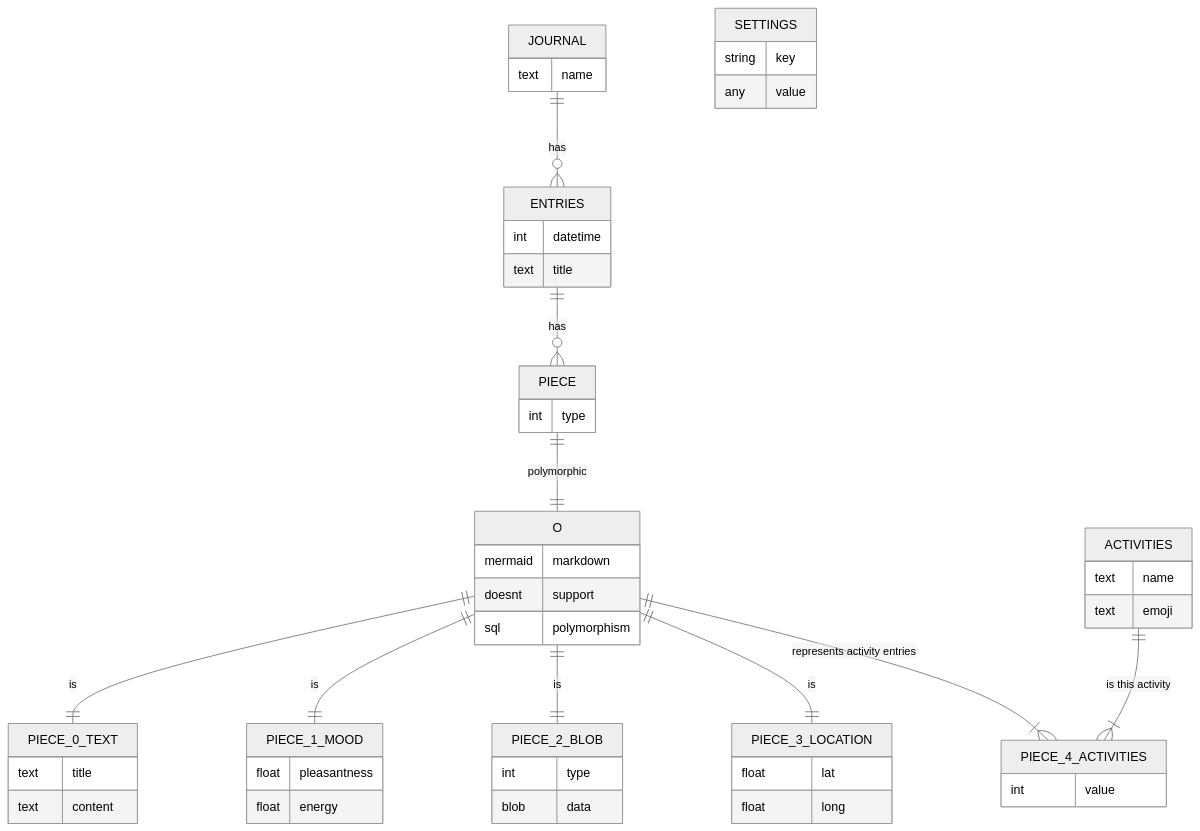
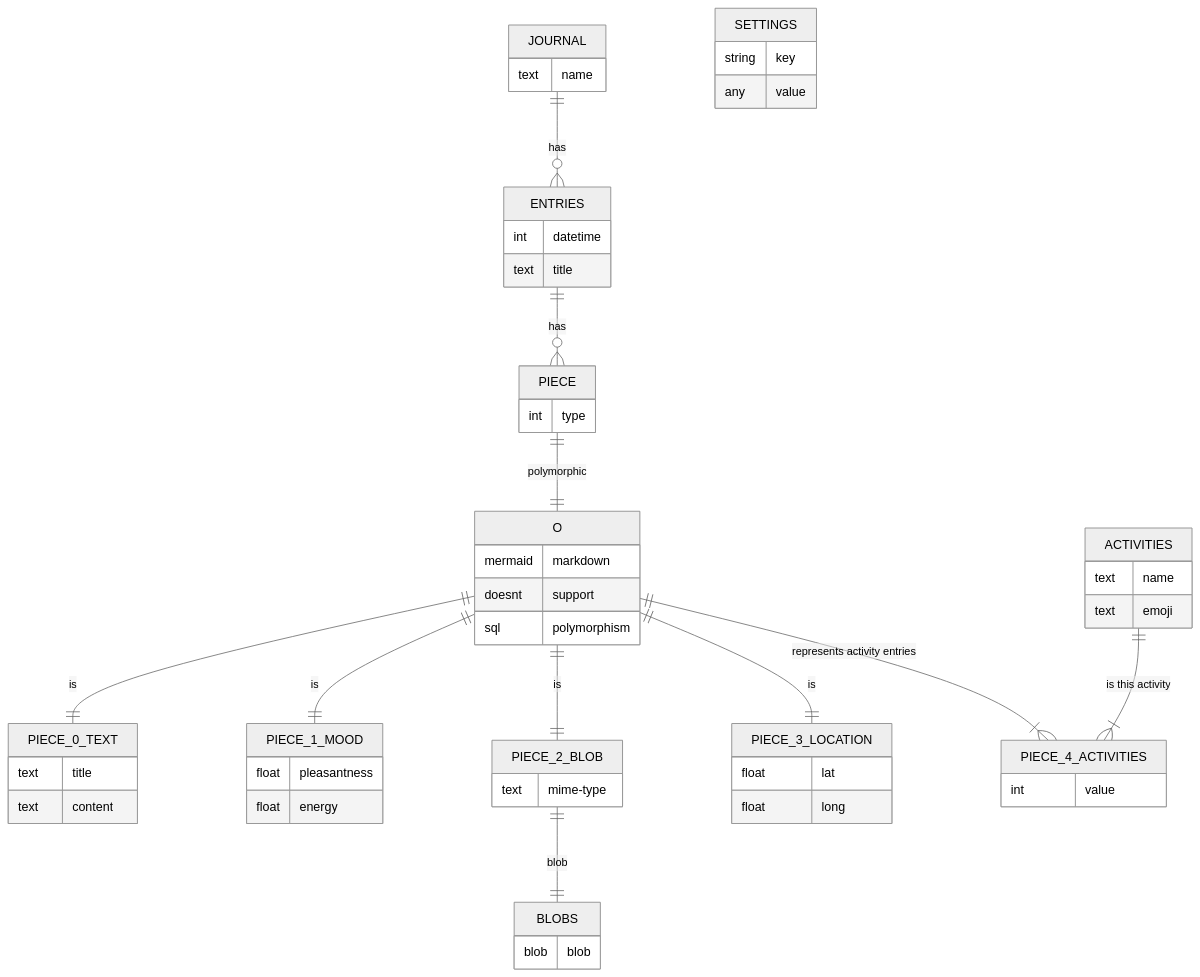
One commit to machineonamission/PowerJournal changed the diagram in src/database/erd.mmd. Above: the diagram before and after it, drawn with Mermaid (neutral theme). The commit also changed 1 other file, not shown here.

```diff
--- a/src/database/erd.mmd
+++ b/src/database/erd.mmd
@@ -1,52 +1,55 @@
 erDiagram
     JOURNAL {
         text name
     }
     ENTRIES {
         int datetime
         text title
     }
     PIECE {
         int type
     }
     PIECE_0_TEXT {
         text title
         text content
     }
     PIECE_1_MOOD {
         float pleasantness
         float energy
     }
     PIECE_2_BLOB {
-        int type
-        blob data
+        text mime-type
+    }
+    BLOBS {
+        blob blob
     }
     PIECE_3_LOCATION {
         float lat
         float long
     }
     PIECE_4_ACTIVITIES {
         int value
     }
     ACTIVITIES {
         text name
         text emoji
     }
     SETTINGS {
         string key
         any value
     }
     O {
         mermaid markdown
         doesnt support
         sql polymorphism
     }
     JOURNAL ||--o{ ENTRIES : has
     ENTRIES ||--o{ PIECE : has
     PIECE ||--|| O : polymorphic
     O ||--|| PIECE_0_TEXT : is
     O ||--|| PIECE_1_MOOD : is
     O ||--|| PIECE_2_BLOB : is
+    PIECE_2_BLOB ||--|| BLOBS : blob
     O ||--|| PIECE_3_LOCATION : is
     O ||--|{ PIECE_4_ACTIVITIES : "represents activity entries"
     ACTIVITIES ||--|{ PIECE_4_ACTIVITIES : "is this activity"
```
